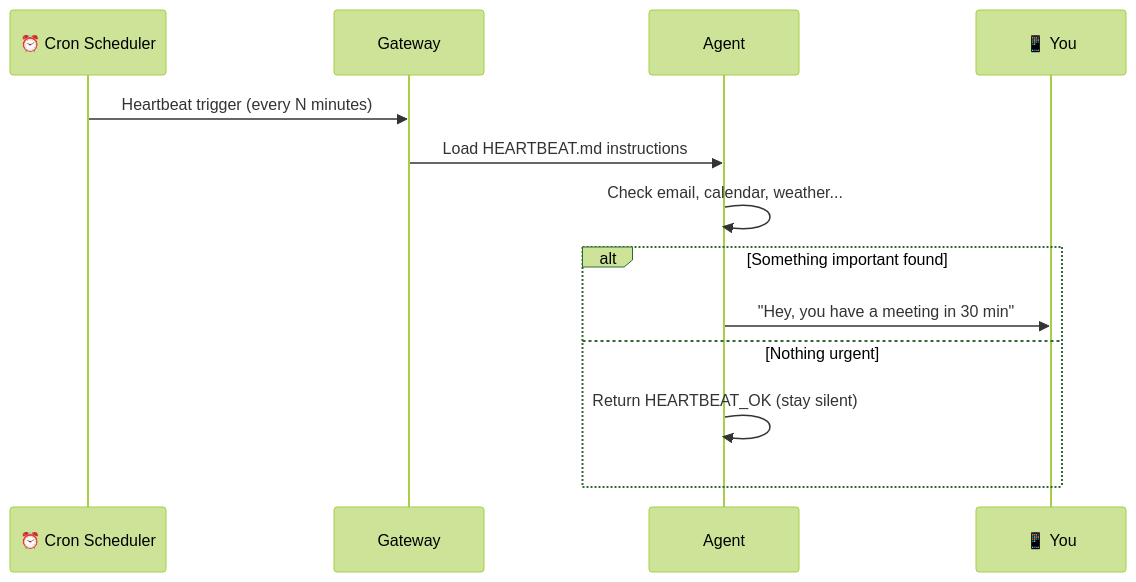
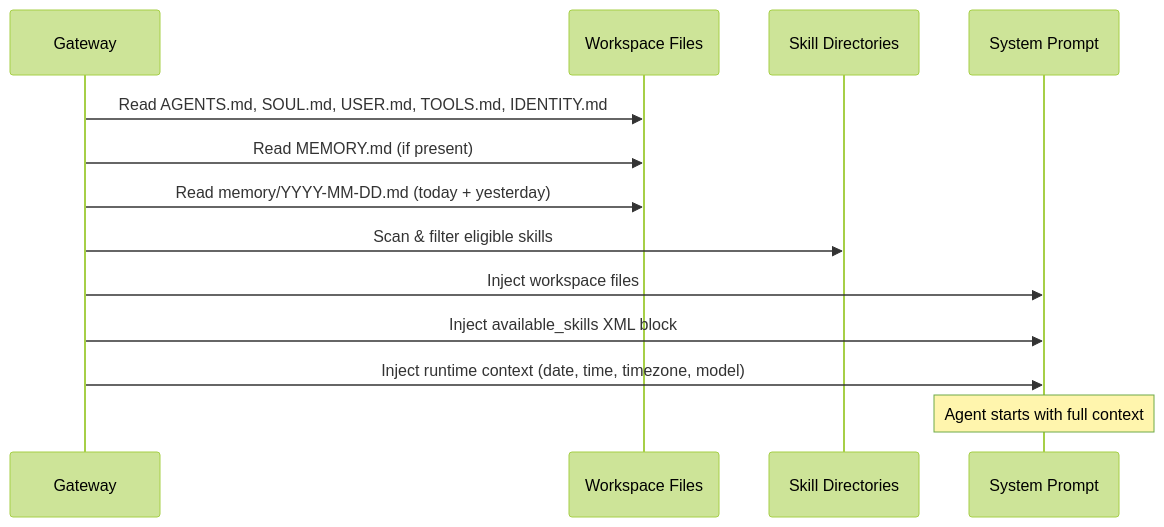
Before and after one commit to reddinft/openclaw-academy: the first of 2 diagrams in course/module-05-skills/03-hooks-workspace.md, drawn with Mermaid (forest theme). The commit also changed other lines of this file and 45 other files, not shown here.

````diff
--- a/course/module-05-skills/03-hooks-workspace.md
+++ b/course/module-05-skills/03-hooks-workspace.md
@@ -188,16 +51,16 @@
 ```mermaid
 sequenceDiagram
-    participant CRON as ⏰ Cron Scheduler
     participant GW as Gateway
-    participant AG as Agent
-    participant YOU as 📱 You
+    participant WS as Workspace Files
+    participant SKILLS as Skill Directories
+    participant PROMPT as System Prompt
 
-    CRON->>GW: Heartbeat trigger (every N minutes)
-    GW->>AG: Load HEARTBEAT.md instructions
-    AG->>AG: Check email, calendar, weather...
-    alt Something important found
-        AG->>YOU: "Hey, you have a meeting in 30 min"
-    else Nothing urgent
-        AG->>AG: Return HEARTBEAT_OK (stay silent)
-    end
+    GW->>WS: Read AGENTS.md, SOUL.md, USER.md, TOOLS.md, IDENTITY.md
+    GW->>WS: Read MEMORY.md (if present)
+    GW->>WS: Read memory/YYYY-MM-DD.md (today + yesterday)
+    GW->>SKILLS: Scan & filter eligible skills
+    GW->>PROMPT: Inject workspace files
+    GW->>PROMPT: Inject available_skills XML block
+    GW->>PROMPT: Inject runtime context (date, time, timezone, model)
+    Note over PROMPT: Agent starts with full context
 ```
````
